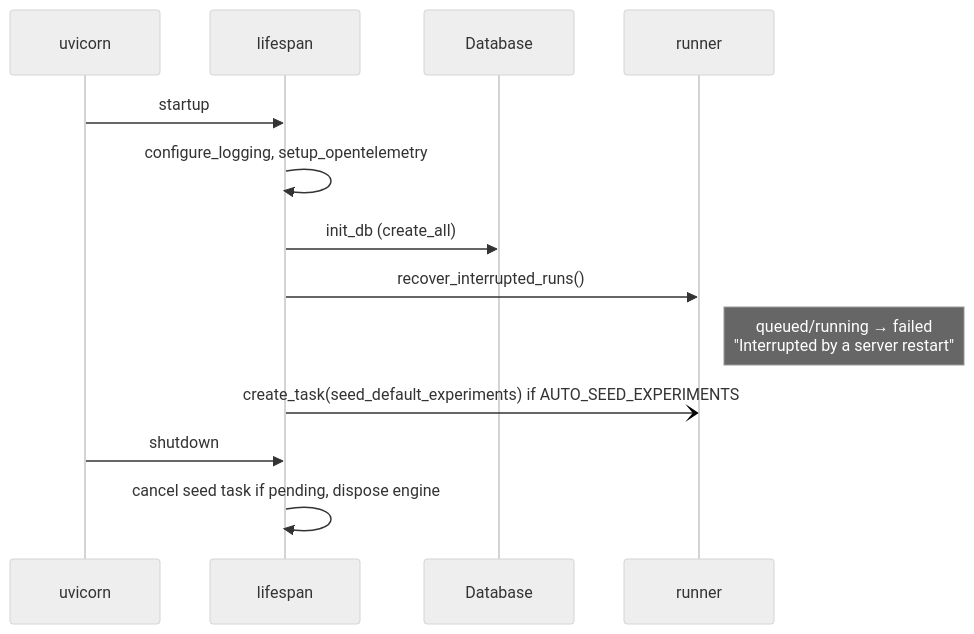
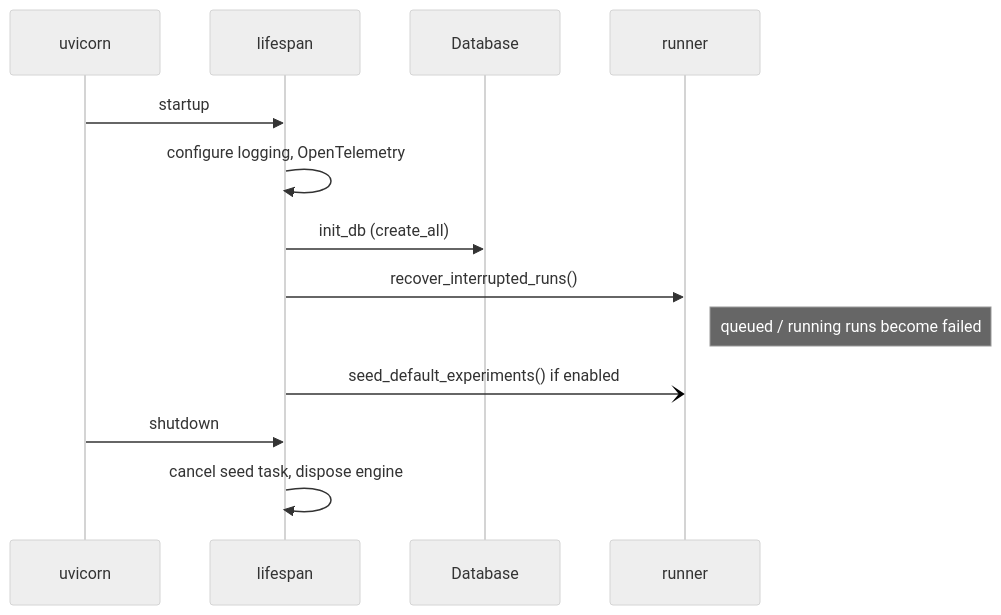
One commit to SuriyaKannimuthu/raglens-ai changed the sixth of 11 diagrams in docs/technical-design.md. Above: the diagram before and after it, drawn with Mermaid (neutral theme). The commit also changed other lines of this file and 2 other files, not shown here.

````diff
--- a/docs/technical-design.md
+++ b/docs/technical-design.md
@@ -211,15 +296,15 @@
 ```mermaid
 sequenceDiagram
     participant U as uvicorn
     participant L as lifespan
     participant DB as Database
     participant R as runner
     U->>L: startup
-    L->>L: configure_logging, setup_opentelemetry
+    L->>L: configure logging, OpenTelemetry
     L->>DB: init_db (create_all)
     L->>R: recover_interrupted_runs()
-    Note right of R: queued/running → failed<br/>"Interrupted by a server restart"
-    L-)R: create_task(seed_default_experiments) if AUTO_SEED_EXPERIMENTS
+    Note right of R: queued / running runs become failed
+    L-)R: seed_default_experiments() if enabled
     U->>L: shutdown
-    L->>L: cancel seed task if pending, dispose engine
+    L->>L: cancel seed task, dispose engine
 ```
````
